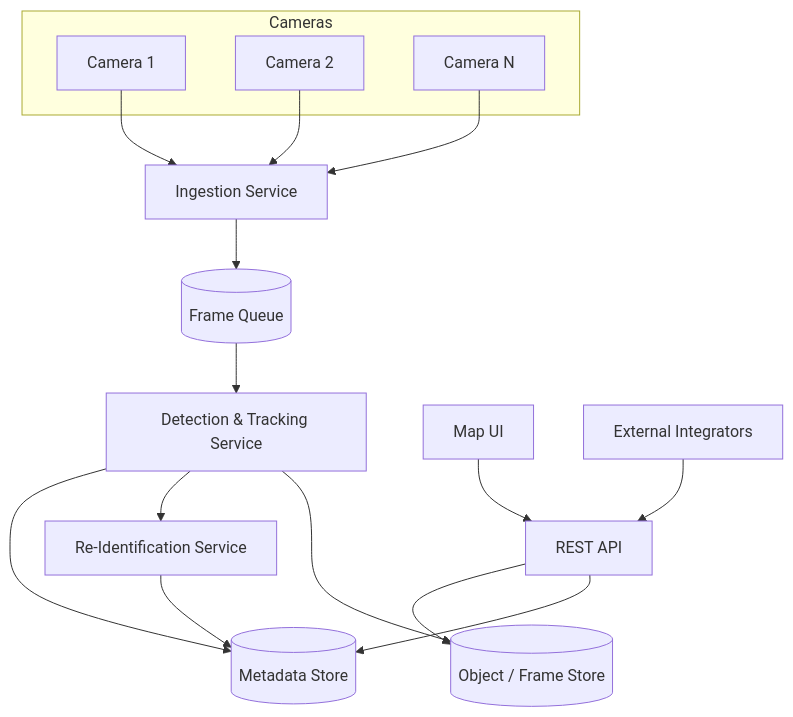
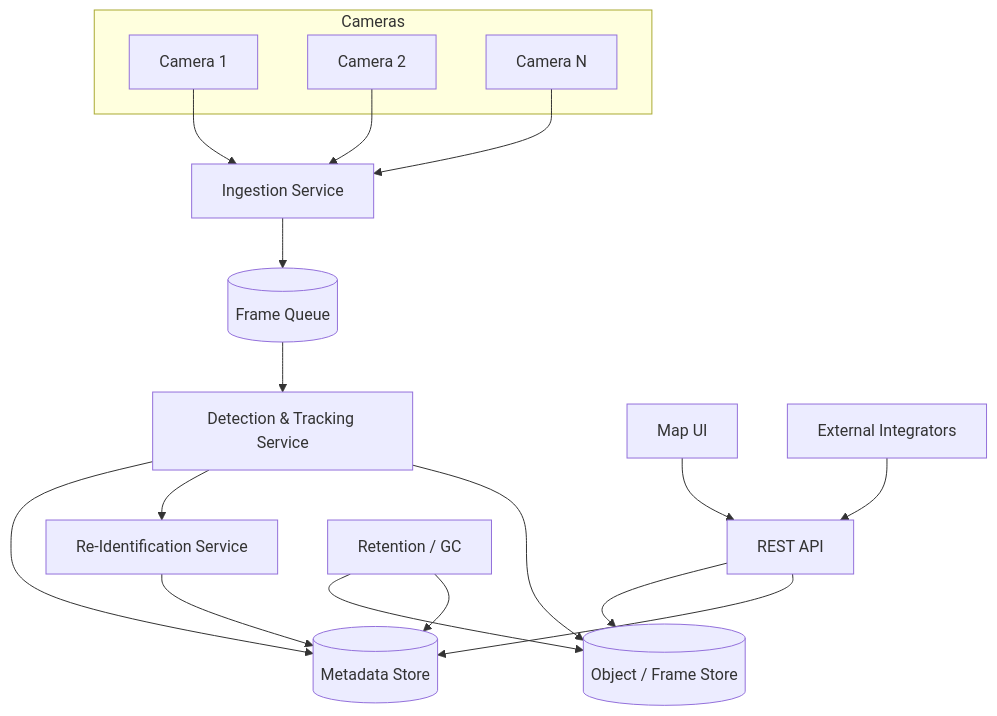
Before and after one commit to Chitresh-code/surveillance-platform: the first of 4 diagrams in docs/ARCHITECTURE.md, drawn with Mermaid. The commit also changed other lines of this file and 8 other files, not shown here.

````diff
--- a/docs/ARCHITECTURE.md
+++ b/docs/ARCHITECTURE.md
@@ -7,20 +7,22 @@
 ```mermaid
 flowchart TB
     subgraph Cameras
         C1[Camera 1]
         C2[Camera 2]
         C3[Camera N]
     end
 
     C1 & C2 & C3 --> ING[Ingestion Service]
     ING --> FQ[(Frame Queue)]
     FQ --> DET[Detection & Tracking Service]
     DET --> BLOB[(Object / Frame Store)]
     DET --> REID[Re-Identification Service]
     REID --> DB[(Metadata Store)]
     DET --> DB
     API[REST API] --> DB
     API --> BLOB
     UI[Map UI] --> API
     INT[External Integrators] --> API
+    GC[Retention / GC] --> DB
+    GC --> BLOB
 ```
````
